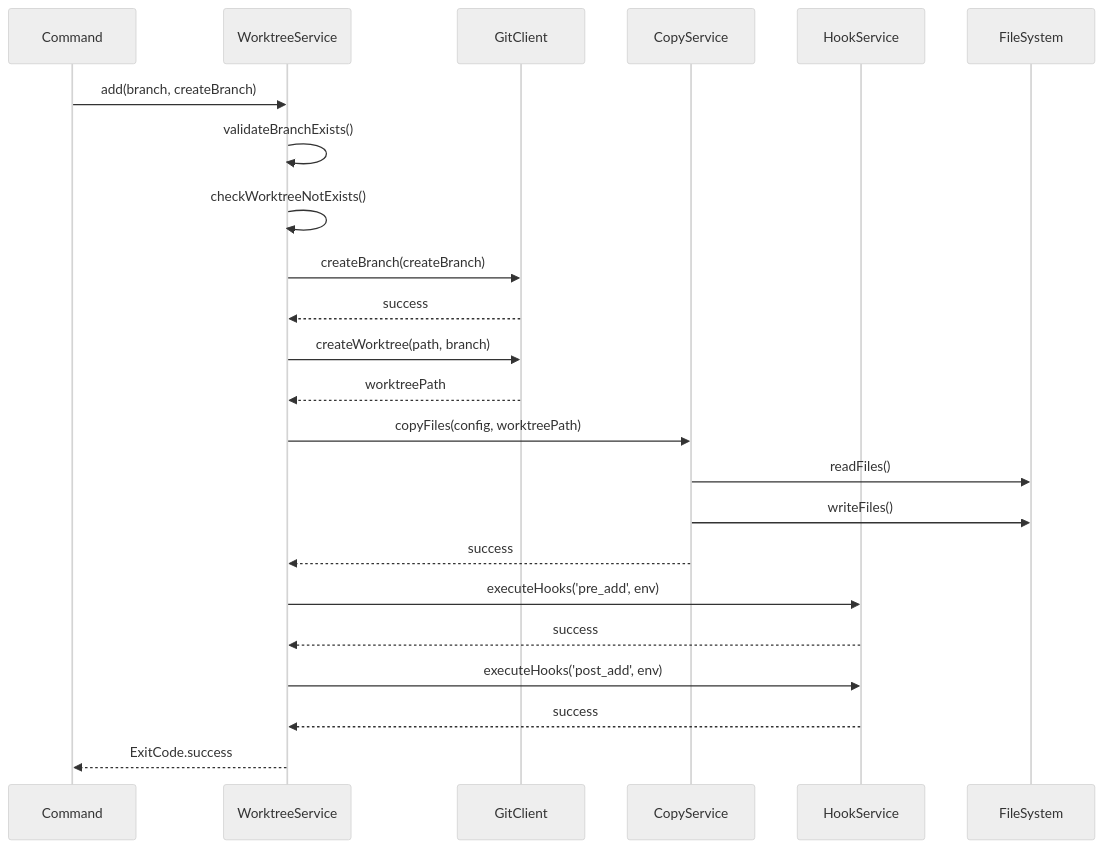
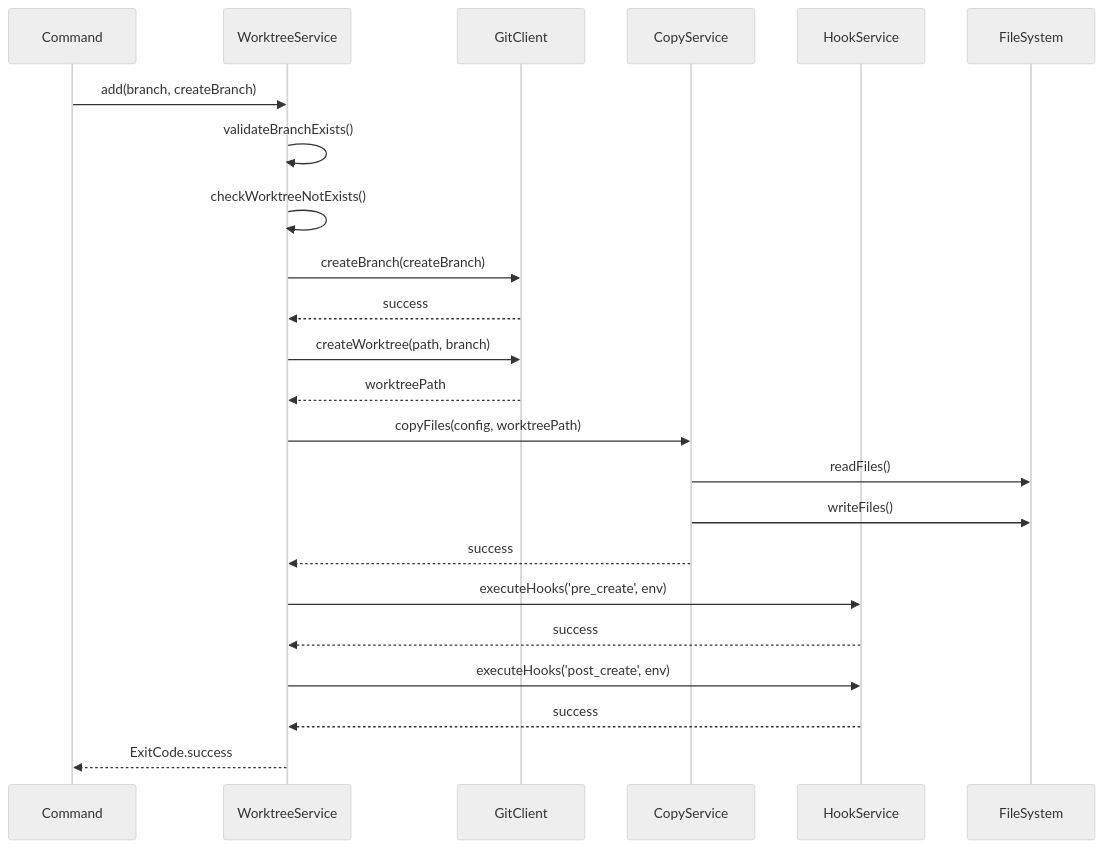
The third of 12 diagrams in docs/ARCHITECTURE.md (timovandeput/gwm), drawn with Mermaid (neutral theme) before and after one commit. The commit also changed other lines of this file and 28 other files, not shown here.

````diff
--- a/docs/ARCHITECTURE.md
+++ b/docs/ARCHITECTURE.md
@@ -140,25 +140,25 @@
 ```mermaid
 sequenceDiagram
     participant CMD as Command
     participant WS as WorktreeService
     participant GC as GitClient
     participant CS as CopyService
     participant HS as HookService
     participant FS as FileSystem
     CMD ->> WS: add(branch, createBranch)
     WS ->> WS: validateBranchExists()
     WS ->> WS: checkWorktreeNotExists()
     WS ->> GC: createBranch(createBranch)
     GC -->> WS: success
     WS ->> GC: createWorktree(path, branch)
     GC -->> WS: worktreePath
     WS ->> CS: copyFiles(config, worktreePath)
     CS ->> FS: readFiles()
     CS ->> FS: writeFiles()
     CS -->> WS: success
-    WS ->> HS: executeHooks('pre_add', env)
+    WS ->> HS: executeHooks('pre_create', env)
     HS -->> WS: success
-    WS ->> HS: executeHooks('post_add', env)
+    WS ->> HS: executeHooks('post_create', env)
     HS -->> WS: success
     WS -->> CMD: ExitCode.success
 ```
````
